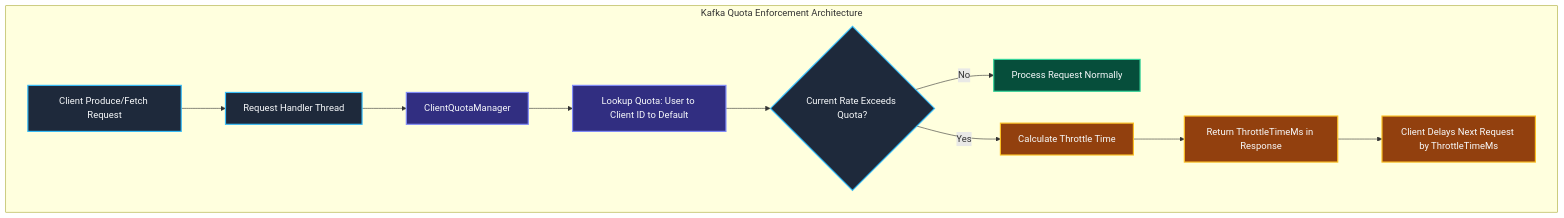
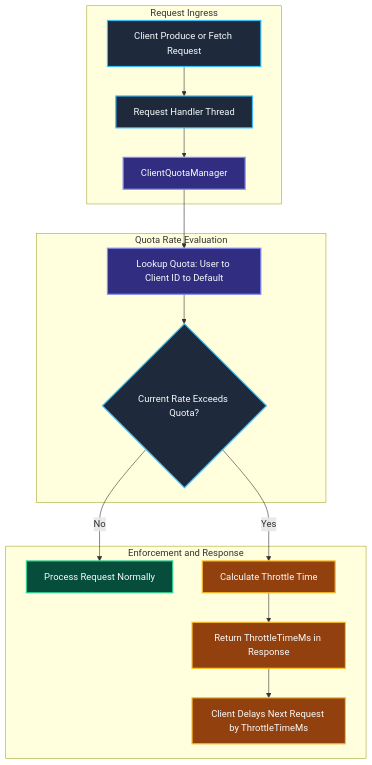
Before and after one commit to Chief-Strategist-J/llm-obs-infra: diagram 31 of 48 in docs/configDoc/kafka-configuration-guide.md, drawn with Mermaid. The commit also changed other lines of this file, not shown here.

Commit message:
fix(docs): resolve syntax and layout issues in diagrams 15.2 and 15.3

````diff
--- a/docs/configDoc/kafka-configuration-guide.md
+++ b/docs/configDoc/kafka-configuration-guide.md
@@ -2504,23 +2504,39 @@
 ```mermaid
 graph TD
-    subgraph QuotaArchitecture ["Kafka Quota Enforcement Architecture"]
-        ClientReq["Client Produce/Fetch Request"] --> ReqHandler["Request Handler Thread"]
-        ReqHandler --> QuotaMgr["ClientQuotaManager"]
-        QuotaMgr --> LookupQuota["Lookup Quota: User to Client ID to Default"]
-        LookupQuota --> CheckRate{"Current Rate Exceeds Quota?"}
-        CheckRate -->|No| ProcessNormal["Process Request Normally"]
-        CheckRate -->|Yes| CalcThrottle["Calculate Throttle Time"]
-        CalcThrottle --> ThrottleResp["Return ThrottleTimeMs in Response"]
-        ThrottleResp --> ClientDelay["Client Delays Next Request by ThrottleTimeMs"]
+    subgraph IngressStage ["Request Ingress"]
+        ClientReq["Client Produce or Fetch Request"]
+        ReqHandler["Request Handler Thread"]
+        QuotaMgr["ClientQuotaManager"]
+        ClientReq --> ReqHandler
+        ReqHandler --> QuotaMgr
     end
+
+    subgraph EvaluationStage ["Quota Rate Evaluation"]
+        LookupQuota["Lookup Quota: User to Client ID to Default"]
+        CheckRate{"Current Rate Exceeds Quota?"}
+        LookupQuota --> CheckRate
+    end
+
+    subgraph OutcomeStage ["Enforcement and Response"]
+        ProcessNormal["Process Request Normally"]
+        CalcThrottle["Calculate Throttle Time"]
+        ThrottleResp["Return ThrottleTimeMs in Response"]
+        ClientDelay["Client Delays Next Request by ThrottleTimeMs"]
+        CalcThrottle --> ThrottleResp
+        ThrottleResp --> ClientDelay
+    end
+
+    QuotaMgr --> LookupQuota
+    CheckRate -->|No| ProcessNormal
+    CheckRate -->|Yes| CalcThrottle
 
     style ClientReq fill:#1e293b,stroke:#38bdf8,stroke-width:2px,color:#f8fafc
     style ReqHandler fill:#1e293b,stroke:#38bdf8,stroke-width:2px,color:#f8fafc
     style QuotaMgr fill:#312e81,stroke:#818cf8,stroke-width:2px,color:#f8fafc
     style LookupQuota fill:#312e81,stroke:#818cf8,stroke-width:2px,color:#f8fafc
     style CheckRate fill:#1e293b,stroke:#38bdf8,stroke-width:2px,color:#f8fafc
     style ProcessNormal fill:#064e3b,stroke:#34d399,stroke-width:2px,color:#f8fafc
     style CalcThrottle fill:#92400e,stroke:#fbbf24,stroke-width:2px,color:#f8fafc
     style ThrottleResp fill:#92400e,stroke:#fbbf24,stroke-width:2px,color:#f8fafc
     style ClientDelay fill:#92400e,stroke:#fbbf24,stroke-width:2px,color:#f8fafc
 ```
````
